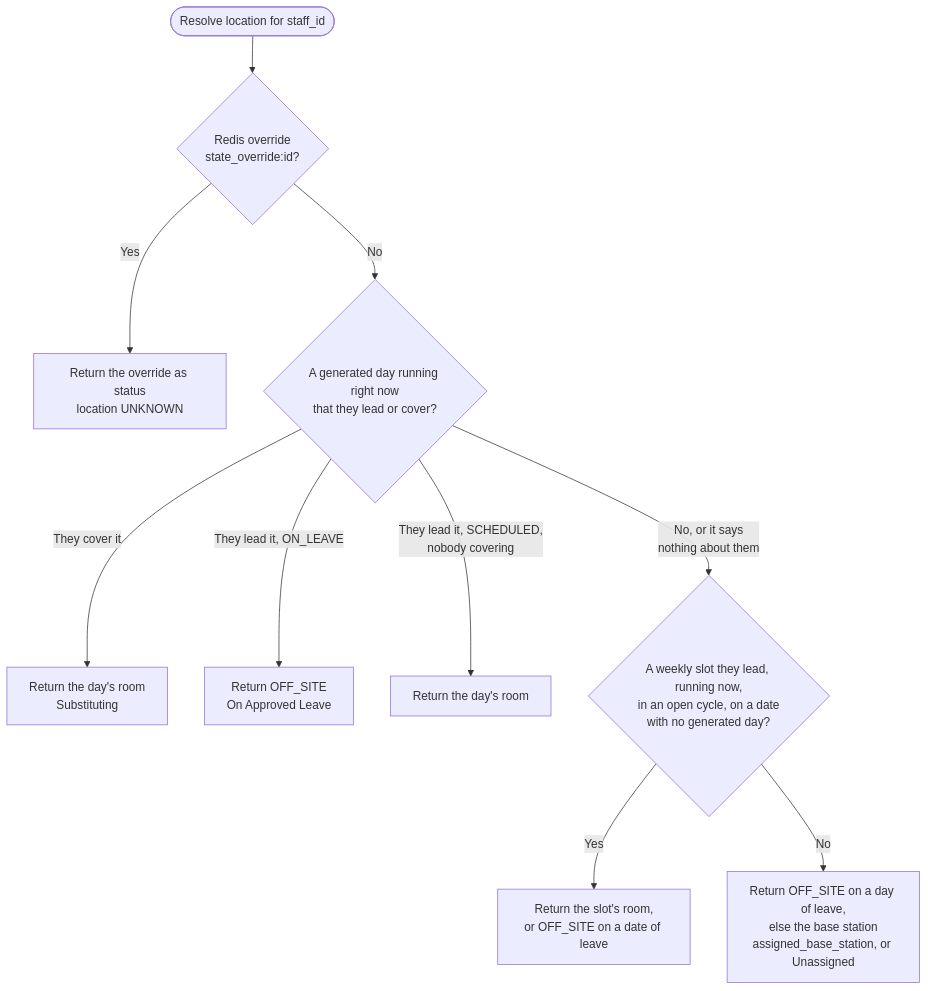
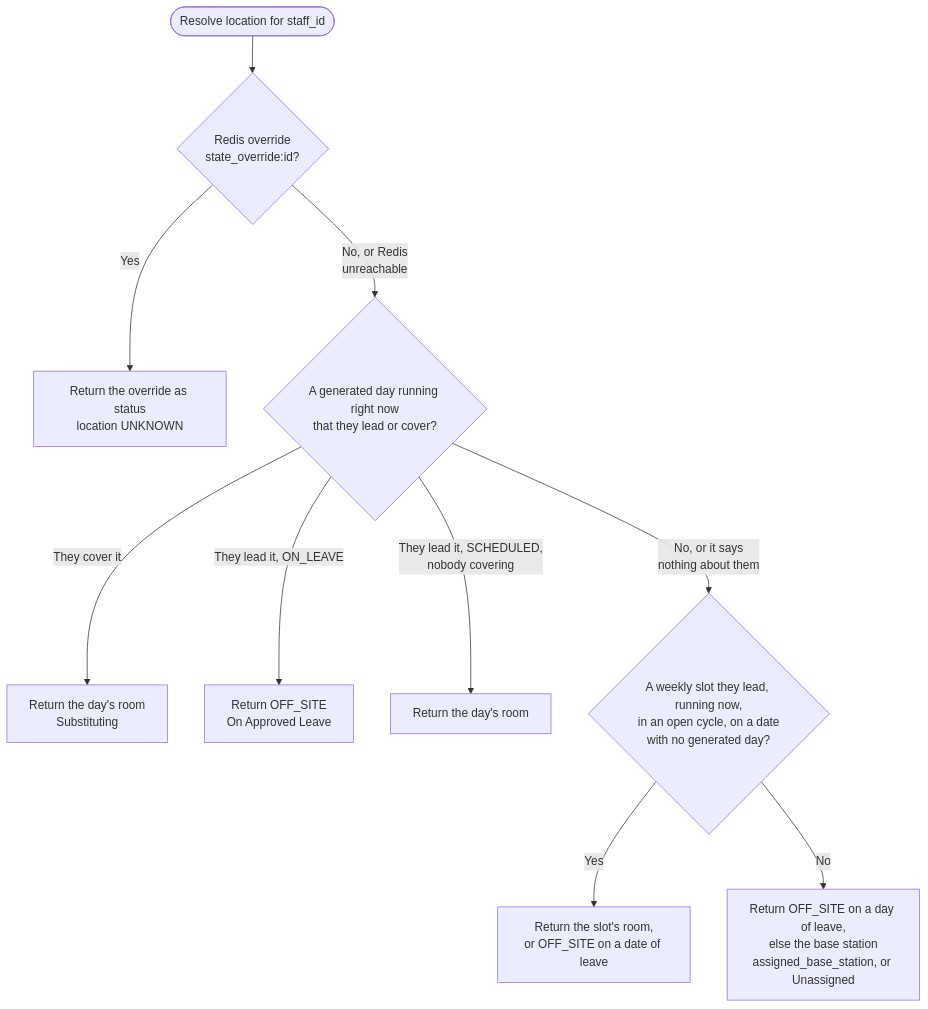
One commit to Life-Experimentalist/Chronos-Ledger changed the third of 5 diagrams in docs/architecture.md. Above: the diagram before and after it, drawn with Mermaid. The commit also changed other lines of this file and 3 other files, not shown here.

````diff
--- a/docs/architecture.md
+++ b/docs/architecture.md
@@ -116,20 +116,20 @@
 ```mermaid
 flowchart TD
     Start([Resolve location for staff_id]) --> R1
 
     R1{Redis override<br/>state_override:id?}
     R1 -->|Yes| RET1[Return the override as status<br/>location UNKNOWN]
-    R1 -->|No| R2
+    R1 -->|No, or Redis<br/>unreachable| R2
 
     R2{A generated day running right now<br/>that they lead or cover?}
     R2 -->|They cover it| RET2C[Return the day's room<br/>Substituting]
     R2 -->|They lead it, ON_LEAVE| RET2[Return OFF_SITE<br/>On Approved Leave]
     R2 -->|They lead it, SCHEDULED,<br/>nobody covering| RET2B[Return the day's room]
     R2 -->|No, or it says<br/>nothing about them| R3
 
     R3{A weekly slot they lead, running now,<br/>in an open cycle, on a date<br/>with no generated day?}
     R3 -->|Yes| RET3[Return the slot's room,<br/>or OFF_SITE on a date of leave]
     R3 -->|No| R4
 
     R4[Return OFF_SITE on a day of leave,<br/>else the base station<br/>assigned_base_station, or Unassigned]
 ```
````
